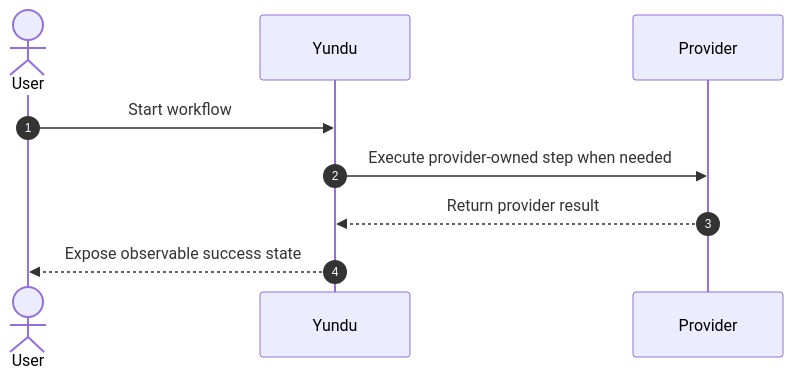
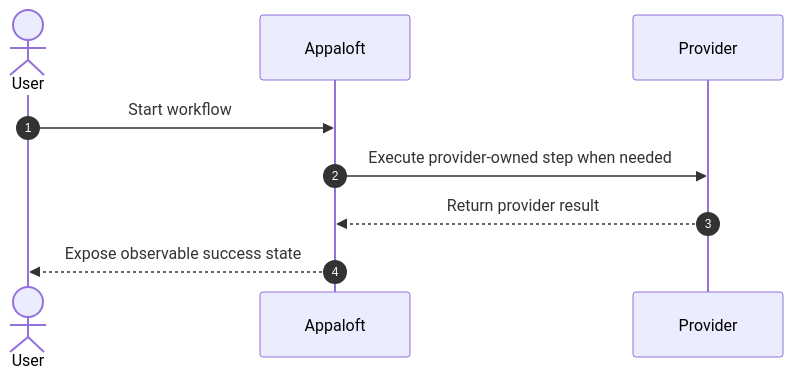
Before and after one commit to appaloft/appaloft: the first of 2 diagrams in docs/workflows/_TEMPLATE.md, drawn with Mermaid. The commit also changed other lines of this file and 470 other files, not shown here.

````diff
--- a/docs/workflows/_TEMPLATE.md
+++ b/docs/workflows/_TEMPLATE.md
@@ -52,12 +52,12 @@
 ```mermaid
 sequenceDiagram
   autonumber
   actor User
-  participant Yundu
+  participant Appaloft
   participant Provider
 
-  User->>Yundu: Start workflow
-  Yundu->>Provider: Execute provider-owned step when needed
-  Provider-->>Yundu: Return provider result
-  Yundu-->>User: Expose observable success state
+  User->>Appaloft: Start workflow
+  Appaloft->>Provider: Execute provider-owned step when needed
+  Provider-->>Appaloft: Return provider result
+  Appaloft-->>User: Expose observable success state
 ```
````
